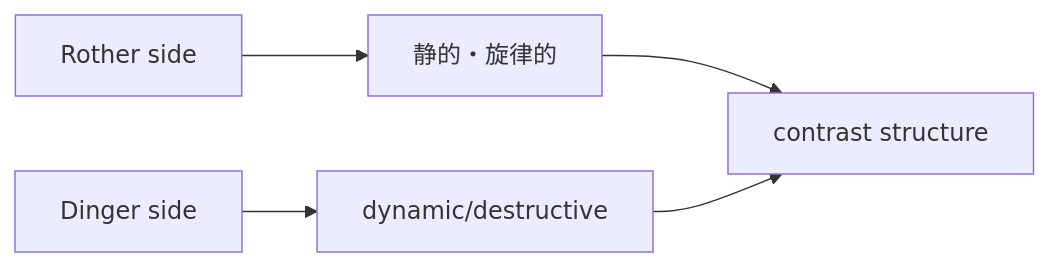
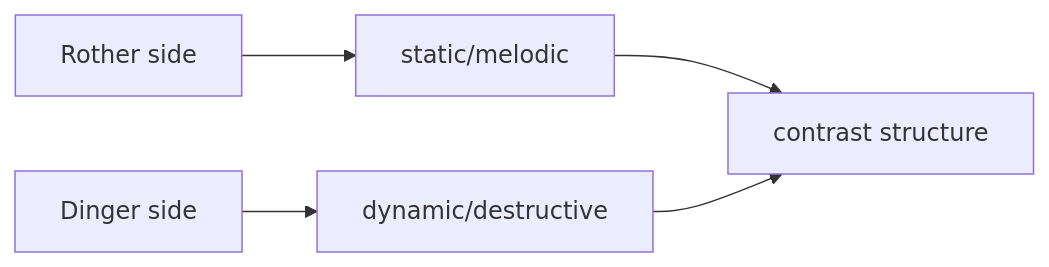
Before and after one commit to monumental-movement/monumental-movement.github.io: the fourth of 5 diagrams in en/_posts/2026-04-25-column-neu.md, drawn with Mermaid. The commit also changed other lines of this file and 851 other files, not shown here.

```diff
--- a/en/_posts/2026-04-25-column-neu.md
+++ b/en/_posts/2026-04-25-column-neu.md
@@ -133,7 +133,7 @@
 <div class="mermaid">
 graph LR
-A[Rother side] --> B[静的・旋律的]
+A[Rother side] --> B[static/melodic]
 C[Dinger side] --> D[dynamic/destructive]
 B --> E[contrast structure]
 D --> E
 </div>
```
